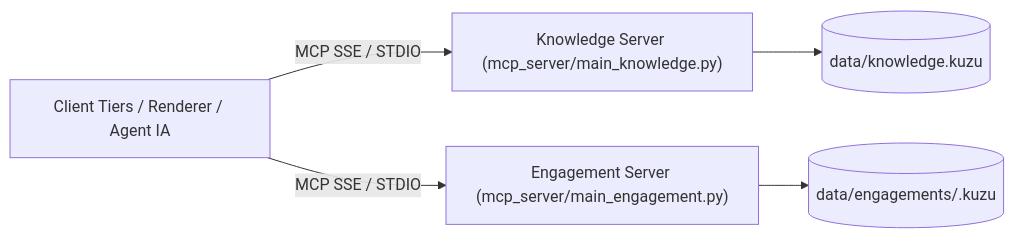
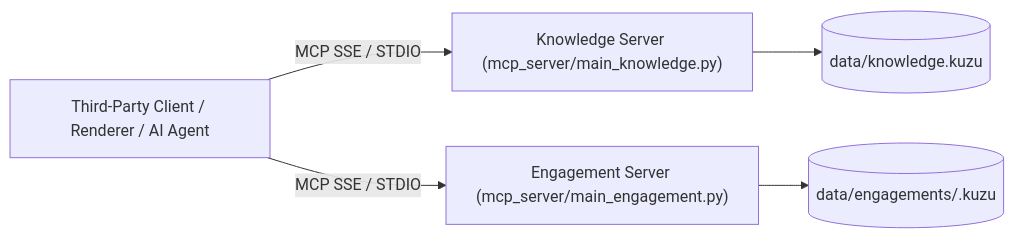
One commit to MauriceIsrael/LLMOps changed the diagram in docs/INTERFACE.md. Above: the diagram before and after it, drawn with Mermaid. The commit also changed other lines of this file and 4 other files, not shown here.

````diff
--- a/docs/INTERFACE.md
+++ b/docs/INTERFACE.md
@@ -14,8 +14,8 @@
 ```mermaid
 graph LR
-    Client["Client Tiers / Renderer / Agent IA"]
+    Client["Third-Party Client / Renderer / AI Agent"]
     Client -->|MCP SSE / STDIO| KB["Knowledge Server (mcp_server/main_knowledge.py)"]
     Client -->|MCP SSE / STDIO| ENG["Engagement Server (mcp_server/main_engagement.py)"]
     KB --> DB1[("data/knowledge.kuzu")]
     ENG --> DB2[("data/engagements/<id>.kuzu")]
 ```
````
